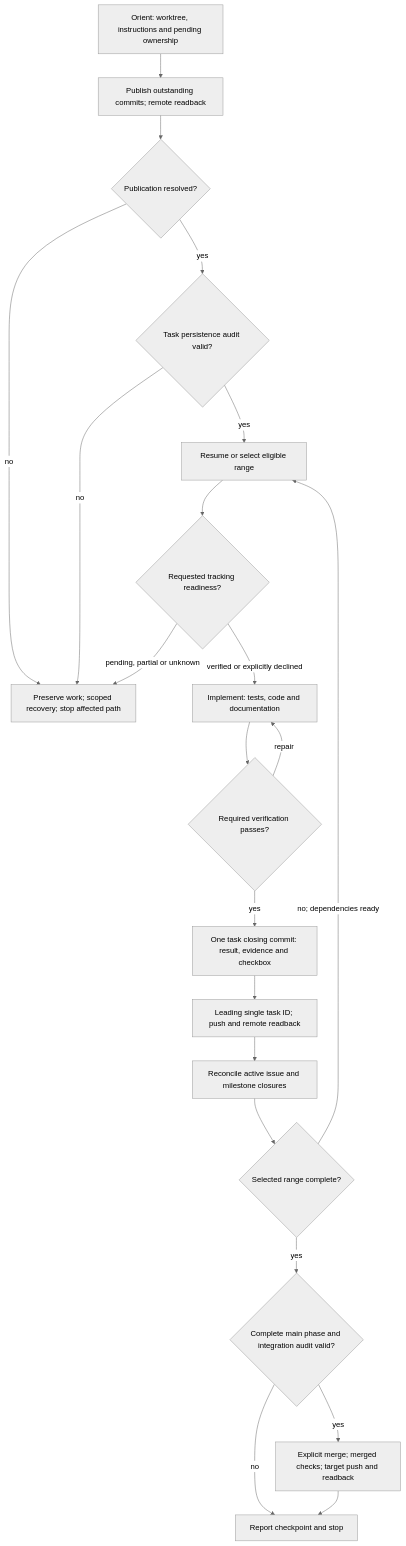
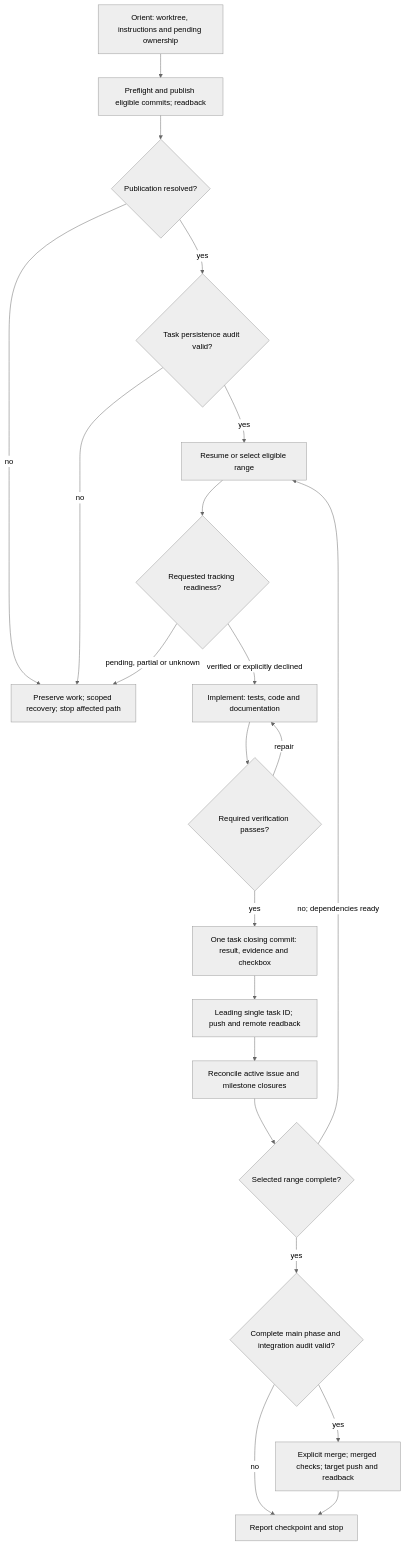
The second of 4 diagrams in README.md (pchemguy/SDD-Manager), drawn with Mermaid (neutral theme) before and after one commit. The commit also changed other lines of this file and 6 other files, not shown here.

````diff
--- a/README.md
+++ b/README.md
@@ -148,23 +148,23 @@
 ```mermaid
 flowchart TB
-    O["Orient: worktree, instructions and pending ownership"] --> I["Publish outstanding commits; remote readback"]
+    O["Orient: worktree, instructions and pending ownership"] --> I["Preflight and publish eligible commits; readback"]
     I --> Q{"Publication resolved?"}
     Q -->|"no"| X["Preserve work; scoped recovery; stop affected path"]
     Q -->|"yes"| A{"Task persistence audit valid?"}
     A -->|"no"| X
     A -->|"yes"| S["Resume or select eligible range"]
     S --> H{"Requested tracking readiness?"}
     H -->|"pending, partial or unknown"| X
     H -->|"verified or explicitly declined"| T["Implement: tests, code and documentation"]
     T --> V{"Required verification passes?"}
     V -->|"repair"| T
     V -->|"yes"| C["One task closing commit: result, evidence and checkbox"]
     C --> P["Leading single task ID; push and remote readback"]
     P --> F["Reconcile active issue and milestone closures"]
     F --> B{"Selected range complete?"}
     B -->|"no; dependencies ready"| S
     B -->|"yes"| G{"Complete main phase and integration audit valid?"}
     G -->|"no"| E["Report checkpoint and stop"]
     G -->|"yes"| M["Explicit merge; merged checks; target push and readback"]
     M --> E
 ```
````
